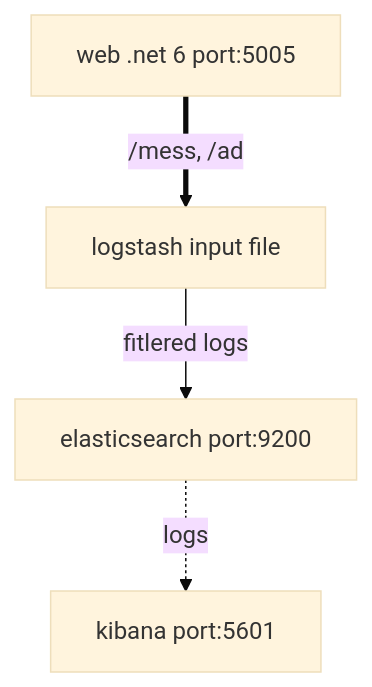
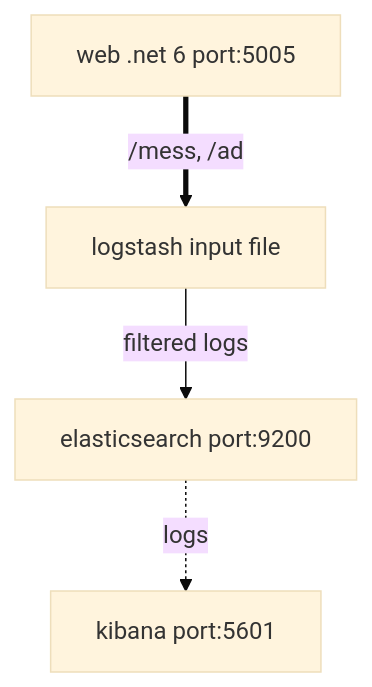
Before and after one commit to garrardkitchen/elk-filter-fields-net6-demo: the diagram in README.md, drawn with Mermaid (base theme).

Commit message:
docs(README): Fixed typo

````diff
--- a/README.md
+++ b/README.md
@@ -53,6 +53,6 @@
 ```mermaid
 graph TD;
     Web_App["web .net 6 port:5005"]==/mess, /ad ==>LogStash;
-    LogStash["logstash input file"]--fitlered logs-->Elasticsearch;
+    LogStash["logstash input file"]--filtered logs-->Elasticsearch;
     Elasticsearch["elasticsearch port:9200"]-.logs.->Kibana["kibana port:5601"];
 ```
````
